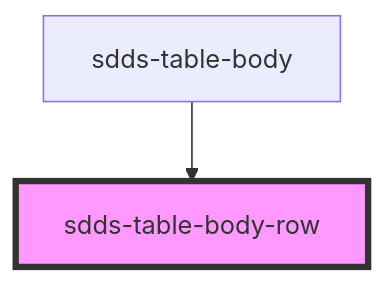
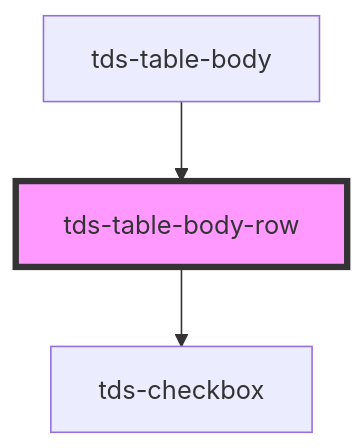
The diagram in core/src/components/table/table-body-row/readme.md (scania-digital-design-system/tegel), drawn with Mermaid before and after one commit. The commit also changed other lines of this file and 41 other files, not shown here.

````diff
--- a/core/src/components/table/table-body-row/readme.md
+++ b/core/src/components/table/table-body-row/readme.md
@@ -15,5 +19,6 @@
 ```mermaid
 graph TD;
-  sdds-table-body --> sdds-table-body-row
-  style sdds-table-body-row fill:#f9f,stroke:#333,stroke-width:4px
+  tds-table-body-row --> tds-checkbox
+  tds-table-body --> tds-table-body-row
+  style tds-table-body-row fill:#f9f,stroke:#333,stroke-width:4px
 ```
````
